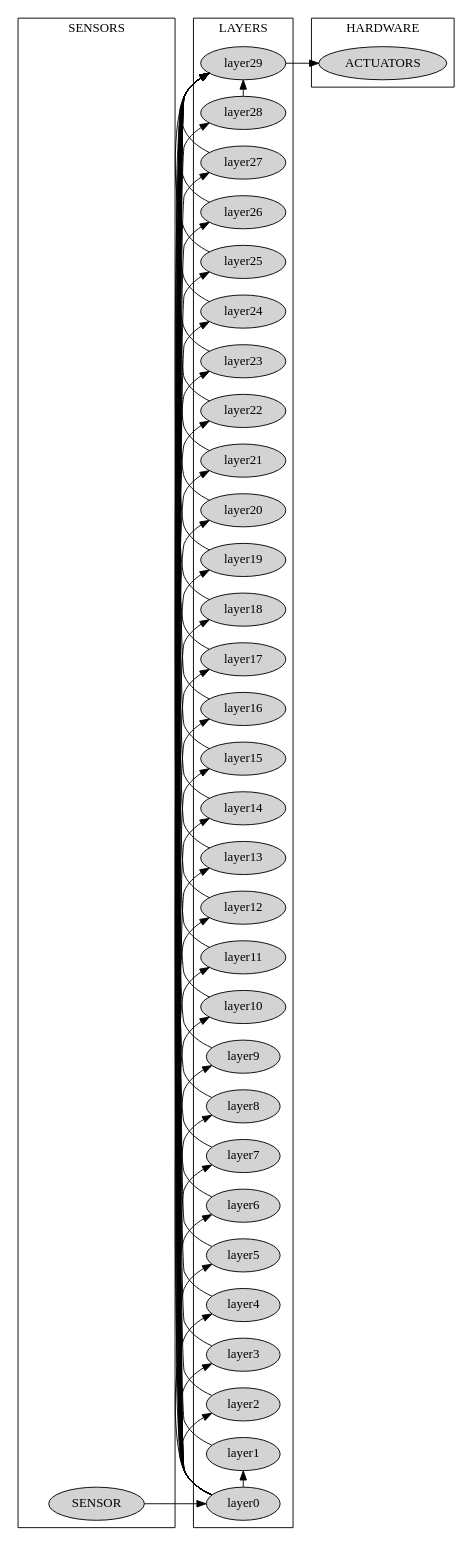
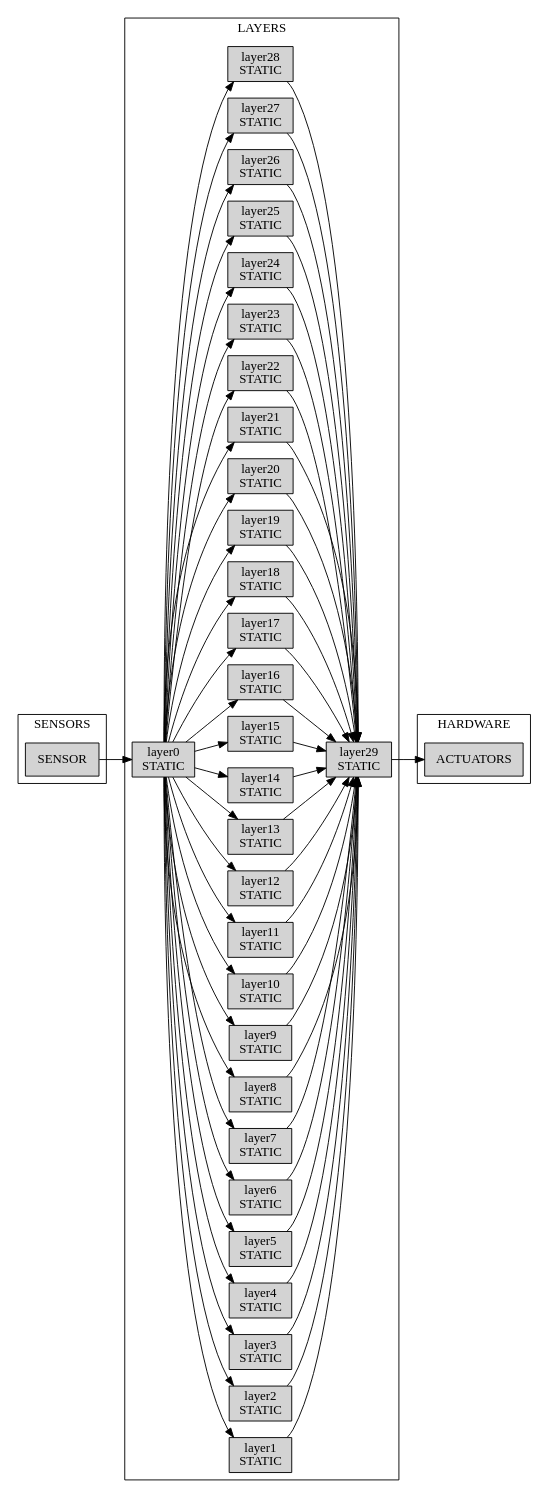
The diagram in evolutionary_robots/examples/repr/large.gv (TheRoboticsClub/colab-gsoc2020-Sakshay_Mahna), drawn with Graphviz before and after one commit. The commit also changed 16 other files, not shown here.

```diff
--- a/evolutionary_robots/examples/repr/large.gv
+++ b/evolutionary_robots/examples/repr/large.gv
@@ -1,133 +1,136 @@
 digraph ANN {
-	graph [concentrate=true rankdir=LR]
+	graph [rankdir=LR]
+	node [shape=box]
 	subgraph cluster_2 {
 		node [style=filled]
 		color=black label=SENSORS
-		hiddenlayer29 [style=invis]
-		hiddenlayer28 [style=invis]
-		hiddenlayer27 [style=invis]
-		hiddenlayer26 [style=invis]
-		hiddenlayer25 [style=invis]
-		hiddenlayer24 [style=invis]
-		hiddenlayer23 [style=invis]
-		hiddenlayer22 [style=invis]
-		hiddenlayer21 [style=invis]
-		hiddenlayer20 [style=invis]
-		hiddenlayer19 [style=invis]
-		hiddenlayer18 [style=invis]
-		hiddenlayer17 [style=invis]
-		hiddenlayer16 [style=invis]
-		hiddenlayer15 [style=invis]
-		hiddenlayer14 [style=invis]
-		hiddenlayer13 [style=invis]
-		hiddenlayer12 [style=invis]
-		hiddenlayer11 [style=invis]
-		hiddenlayer10 [style=invis]
-		hiddenlayer9 [style=invis]
-		hiddenlayer8 [style=invis]
-		hiddenlayer7 [style=invis]
-		hiddenlayer6 [style=invis]
-		hiddenlayer5 [style=invis]
-		hiddenlayer4 [style=invis]
-		hiddenlayer3 [style=invis]
-		hiddenlayer2 [style=invis]
-		hiddenlayer1 [style=invis]
 		SENSOR
 	}
 	subgraph cluster_1 {
 		node [style=filled]
 		color=black label=LAYERS
-		layer0 -> layer1 [constraint=false]
-		layer0 -> layer2 [constraint=false]
-		layer0 -> layer3 [constraint=false]
-		layer0 -> layer4 [constraint=false]
-		layer0 -> layer5 [constraint=false]
-		layer0 -> layer6 [constraint=false]
-		layer0 -> layer7 [constraint=false]
-		layer0 -> layer8 [constraint=false]
-		layer0 -> layer9 [constraint=false]
-		layer0 -> layer10 [constraint=false]
-		layer0 -> layer11 [constraint=false]
-		layer0 -> layer12 [constraint=false]
-		layer0 -> layer13 [constraint=false]
-		layer0 -> layer14 [constraint=false]
-		layer0 -> layer15 [constraint=false]
-		layer0 -> layer16 [constraint=false]
-		layer0 -> layer17 [constraint=false]
-		layer0 -> layer18 [constraint=false]
-		layer0 -> layer19 [constraint=false]
-		layer0 -> layer20 [constraint=false]
-		layer0 -> layer21 [constraint=false]
-		layer0 -> layer22 [constraint=false]
-		layer0 -> layer23 [constraint=false]
-		layer0 -> layer24 [constraint=false]
-		layer0 -> layer25 [constraint=false]
-		layer0 -> layer26 [constraint=false]
-		layer0 -> layer27 [constraint=false]
-		layer0 -> layer28 [constraint=false]
-		layer1 -> layer29 [constraint=false]
-		layer2 -> layer29 [constraint=false]
-		layer3 -> layer29 [constraint=false]
-		layer4 -> layer29 [constraint=false]
-		layer5 -> layer29 [constraint=false]
-		layer6 -> layer29 [constraint=false]
-		layer7 -> layer29 [constraint=false]
-		layer8 -> layer29 [constraint=false]
-		layer9 -> layer29 [constraint=false]
-		layer10 -> layer29 [constraint=false]
-		layer11 -> layer29 [constraint=false]
-		layer12 -> layer29 [constraint=false]
-		layer13 -> layer29 [constraint=false]
-		layer14 -> layer29 [constraint=false]
-		layer15 -> layer29 [constraint=false]
-		layer16 -> layer29 [constraint=false]
-		layer17 -> layer29 [constraint=false]
-		layer18 -> layer29 [constraint=false]
-		layer19 -> layer29 [constraint=false]
-		layer20 -> layer29 [constraint=false]
-		layer21 -> layer29 [constraint=false]
-		layer22 -> layer29 [constraint=false]
-		layer23 -> layer29 [constraint=false]
-		layer24 -> layer29 [constraint=false]
-		layer25 -> layer29 [constraint=false]
-		layer26 -> layer29 [constraint=false]
-		layer27 -> layer29 [constraint=false]
-		layer28 -> layer29 [constraint=false]
+		layer0 [label="layer0
+STATIC"]
+		layer0 -> layer1
+		layer0 -> layer2
+		layer0 -> layer3
+		layer0 -> layer4
+		layer0 -> layer5
+		layer0 -> layer6
+		layer0 -> layer7
+		layer0 -> layer8
+		layer0 -> layer9
+		layer0 -> layer10
+		layer0 -> layer11
+		layer0 -> layer12
+		layer0 -> layer13
+		layer0 -> layer14
+		layer0 -> layer15
+		layer0 -> layer16
+		layer0 -> layer17
+		layer0 -> layer18
+		layer0 -> layer19
+		layer0 -> layer20
+		layer0 -> layer21
+		layer0 -> layer22
+		layer0 -> layer23
+		layer0 -> layer24
+		layer0 -> layer25
+		layer0 -> layer26
+		layer0 -> layer27
+		layer0 -> layer28
+		layer1 [label="layer1
+STATIC"]
+		layer1 -> layer29
+		layer2 [label="layer2
+STATIC"]
+		layer2 -> layer29
+		layer3 [label="layer3
+STATIC"]
+		layer3 -> layer29
+		layer4 [label="layer4
+STATIC"]
+		layer4 -> layer29
+		layer5 [label="layer5
+STATIC"]
+		layer5 -> layer29
+		layer6 [label="layer6
+STATIC"]
+		layer6 -> layer29
+		layer7 [label="layer7
+STATIC"]
+		layer7 -> layer29
+		layer8 [label="layer8
+STATIC"]
+		layer8 -> layer29
+		layer9 [label="layer9
+STATIC"]
+		layer9 -> layer29
+		layer10 [label="layer10
+STATIC"]
+		layer10 -> layer29
+		layer11 [label="layer11
+STATIC"]
+		layer11 -> layer29
+		layer12 [label="layer12
+STATIC"]
+		layer12 -> layer29
+		layer13 [label="layer13
+STATIC"]
+		layer13 -> layer29
+		layer14 [label="layer14
+STATIC"]
+		layer14 -> layer29
+		layer15 [label="layer15
+STATIC"]
+		layer15 -> layer29
+		layer16 [label="layer16
+STATIC"]
+		layer16 -> layer29
+		layer17 [label="layer17
+STATIC"]
+		layer17 -> layer29
+		layer18 [label="layer18
+STATIC"]
+		layer18 -> layer29
+		layer19 [label="layer19
+STATIC"]
+		layer19 -> layer29
+		layer20 [label="layer20
+STATIC"]
+		layer20 -> layer29
+		layer21 [label="layer21
+STATIC"]
+		layer21 -> layer29
+		layer22 [label="layer22
+STATIC"]
+		layer22 -> layer29
+		layer23 [label="layer23
+STATIC"]
+		layer23 -> layer29
+		layer24 [label="layer24
+STATIC"]
+		layer24 -> layer29
+		layer25 [label="layer25
+STATIC"]
+		layer25 -> layer29
+		layer26 [label="layer26
+STATIC"]
+		layer26 -> layer29
+		layer27 [label="layer27
+STATIC"]
+		layer27 -> layer29
+		layer28 [label="layer28
+STATIC"]
+		layer28 -> layer29
+		layer29 [label="layer29
+STATIC"]
 	}
 	subgraph cluster_0 {
 		node [style=filled]
 		color=black label=HARDWARE
 		ACTUATORS
 	}
 	layer29 -> ACTUATORS
-	hiddenlayer29 -> layer29 [style=invis]
-	hiddenlayer28 -> layer28 [style=invis]
-	hiddenlayer27 -> layer27 [style=invis]
-	hiddenlayer26 -> layer26 [style=invis]
-	hiddenlayer25 -> layer25 [style=invis]
-	hiddenlayer24 -> layer24 [style=invis]
-	hiddenlayer23 -> layer23 [style=invis]
-	hiddenlayer22 -> layer22 [style=invis]
-	hiddenlayer21 -> layer21 [style=invis]
-	hiddenlayer20 -> layer20 [style=invis]
-	hiddenlayer19 -> layer19 [style=invis]
-	hiddenlayer18 -> layer18 [style=invis]
-	hiddenlayer17 -> layer17 [style=invis]
-	hiddenlayer16 -> layer16 [style=invis]
-	hiddenlayer15 -> layer15 [style=invis]
-	hiddenlayer14 -> layer14 [style=invis]
-	hiddenlayer13 -> layer13 [style=invis]
-	hiddenlayer12 -> layer12 [style=invis]
-	hiddenlayer11 -> layer11 [style=invis]
-	hiddenlayer10 -> layer10 [style=invis]
-	hiddenlayer9 -> layer9 [style=invis]
-	hiddenlayer8 -> layer8 [style=invis]
-	hiddenlayer7 -> layer7 [style=invis]
-	hiddenlayer6 -> layer6 [style=invis]
-	hiddenlayer5 -> layer5 [style=invis]
-	hiddenlayer4 -> layer4 [style=invis]
-	hiddenlayer3 -> layer3 [style=invis]
-	hiddenlayer2 -> layer2 [style=invis]
-	hiddenlayer1 -> layer1 [style=invis]
 	SENSOR -> layer0
 }
```
